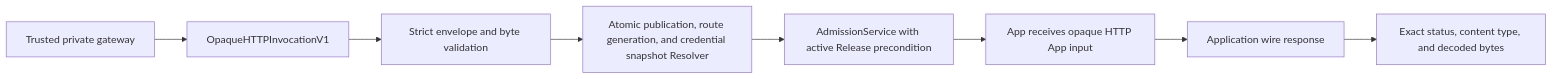
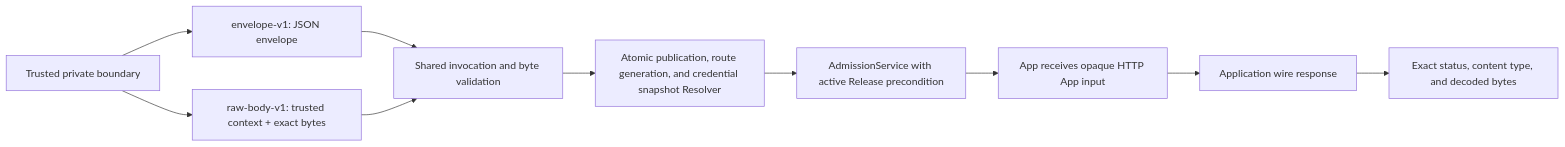
One commit to imprun/windforce-core changed the diagram in docs/concepts/opaque-http-ingress.md. Above: the diagram before and after it, drawn with Mermaid. The commit also changed other lines of this file and 15 other files, not shown here.

First line of the commit message:
feat(opaquehttp): add opt-in raw body ingress transport (#297)

````diff
--- a/docs/concepts/opaque-http-ingress.md
+++ b/docs/concepts/opaque-http-ingress.md
@@ -10,10 +10,12 @@
 ```mermaid
 flowchart LR
-    GW["Trusted private gateway"] --> ENV["OpaqueHTTPInvocationV1"]
-    ENV --> VALIDATE["Strict envelope and byte validation"]
+    GW["Trusted private boundary"] --> ENV["envelope-v1: JSON envelope"]
+    GW --> RAW["raw-body-v1: trusted context + exact bytes"]
+    ENV --> VALIDATE["Shared invocation and byte validation"]
+    RAW --> VALIDATE
     VALIDATE --> RESOLVE["Atomic publication, route generation, and credential snapshot Resolver"]
     RESOLVE --> ADMISSION["AdmissionService with active Release precondition"]
     ADMISSION --> APP["App receives opaque HTTP App input"]
     APP --> WIRE["Application wire response"]
     WIRE --> BYTES["Exact status, content type, and decoded bytes"]
 ```
````
